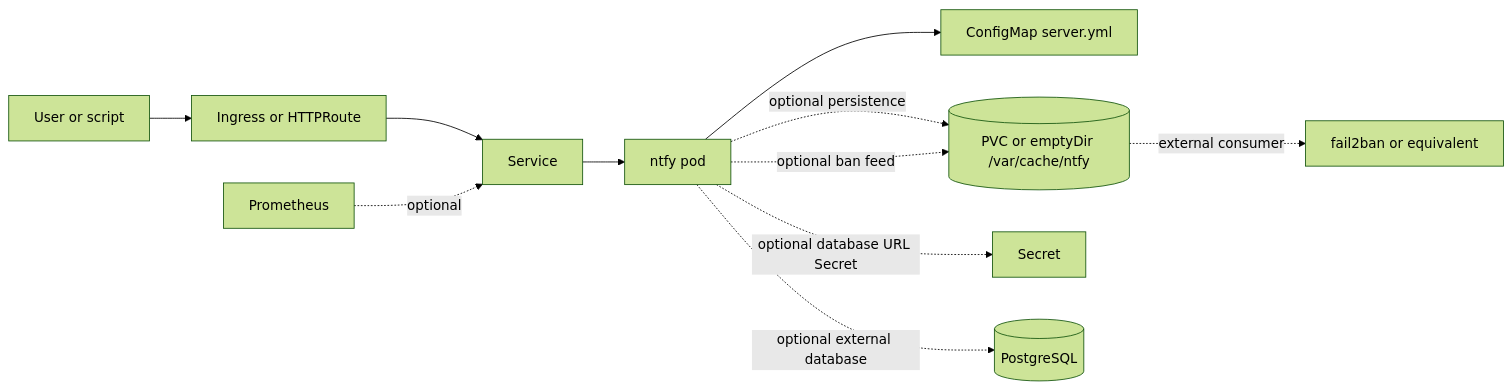
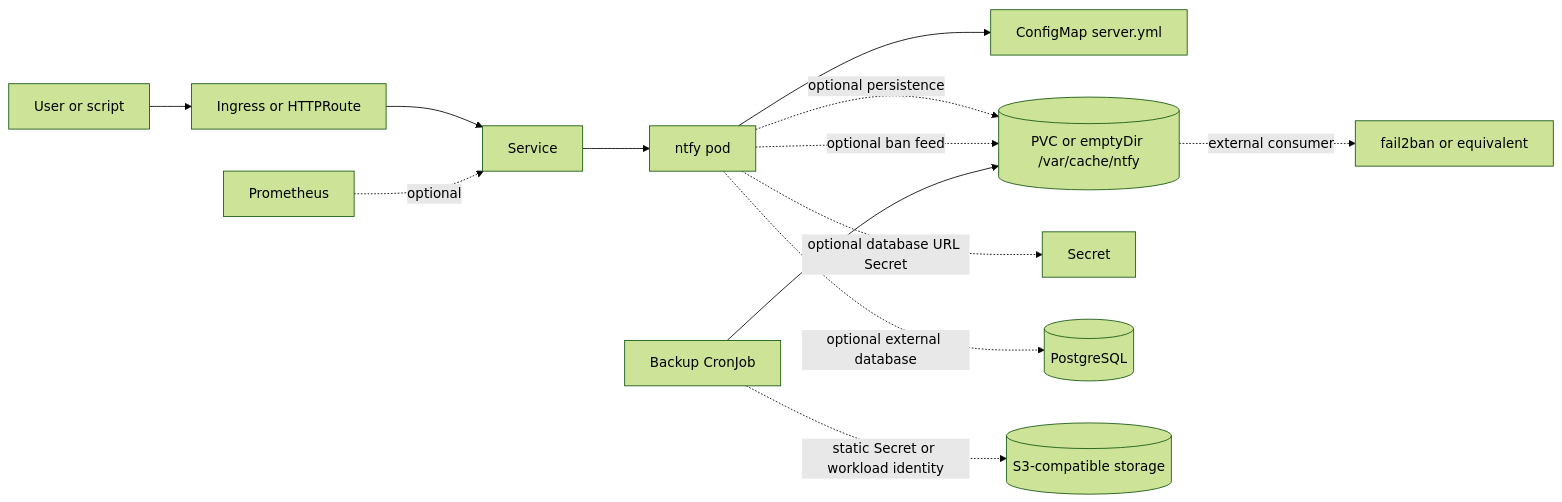
Before and after one commit to helmforgedev/charts: the diagram in charts/ntfy/DESIGN.md, drawn with Mermaid (forest theme). The commit also changed other lines of this file and 25 other files, not shown here.

First line of the commit message:
feat(ntfy): enforce chart contracts (#1990)

````diff
--- a/charts/ntfy/DESIGN.md
+++ b/charts/ntfy/DESIGN.md
@@ -19,13 +19,15 @@
 ```mermaid
 flowchart LR
   user[User or script] --> route[Ingress or HTTPRoute]
   route --> svc[Service]
   svc --> pod[ntfy pod]
   pod --> cfg[ConfigMap server.yml]
   pod -. optional persistence .-> pvc[(PVC or emptyDir /var/cache/ntfy)]
   pod -. optional database URL Secret .-> secret[Secret]
   pod -. optional external database .-> postgres[(PostgreSQL)]
   pod -. optional ban feed .-> pvc
   pvc -. external consumer .-> ban[fail2ban or equivalent]
+  backup[Backup CronJob] --> pvc
+  backup -. static Secret or workload identity .-> s3[(S3-compatible storage)]
   prom[Prometheus] -. optional .-> svc
 ```
````
